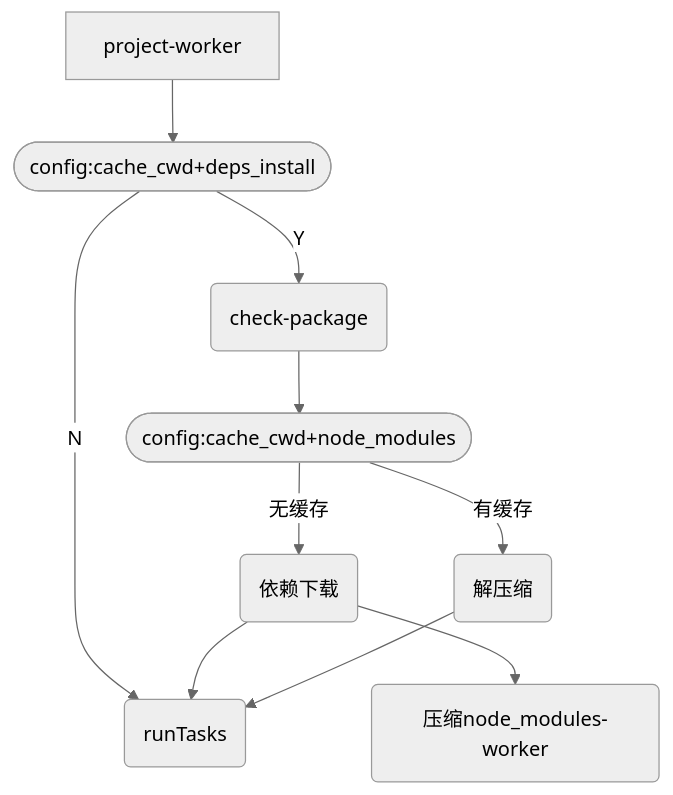
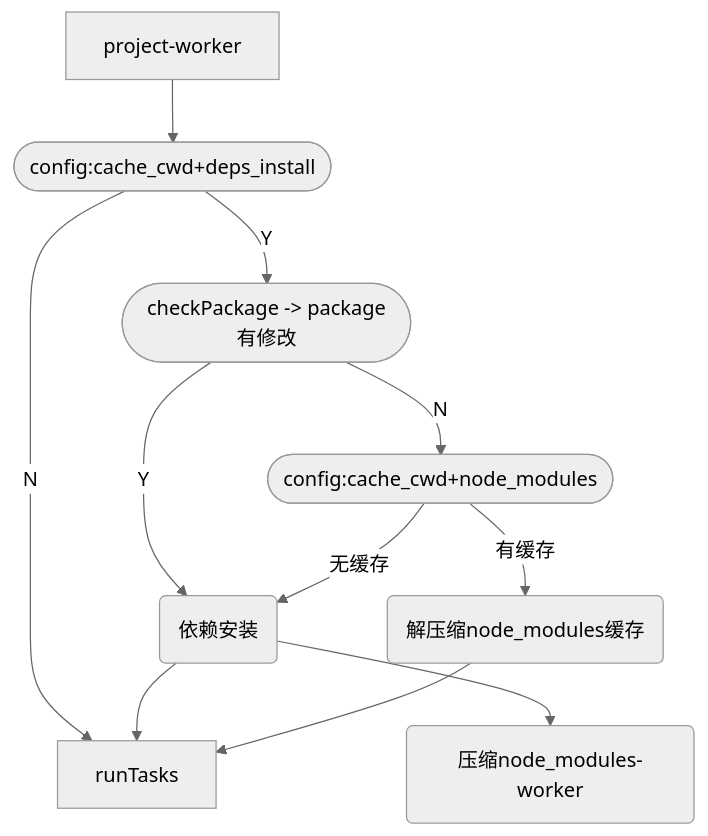
Before and after one commit to zr-lib/taskk: the second of 2 diagrams in README-zhCN.md, drawn with Mermaid (neutral theme). The commit also changed other lines of this file and 1 other file, not shown here.

````diff
--- a/README-zhCN.md
+++ b/README-zhCN.md
@@ -16,14 +16,16 @@
 ```mermaid
 graph
-A[project-worker] --> B1([config:cache_cwd+deps_install]) --N--> C2
+A[project-worker] --> B1([config:cache_cwd+deps_install]) --N--> runTasks
 
-B1 --Y--> C1(check-package)
+B1 --Y--> checkPackage([checkPackage -> package有修改]) --Y--> depsInstall
 
-C1 --> D1([config:cache_cwd+node_modules]) --无缓存--> F1(依赖下载) --> G1 & C2
+checkPackage --N--> B2([config:cache_cwd+node_modules]) --无缓存--> depsInstall
 
-D1 --有缓存--> E1(解压缩) --> C2
+depsInstall --> zip-node_modules & runTasks
+B2 --有缓存--> unzip(解压缩node_modules缓存) --> runTasks
 
-G1(压缩node_modules-worker)
+depsInstall(依赖安装)
+zip-node_modules(压缩node_modules-worker)
 
-C2(runTasks)
+runTasks[runTasks]
 ```
````
